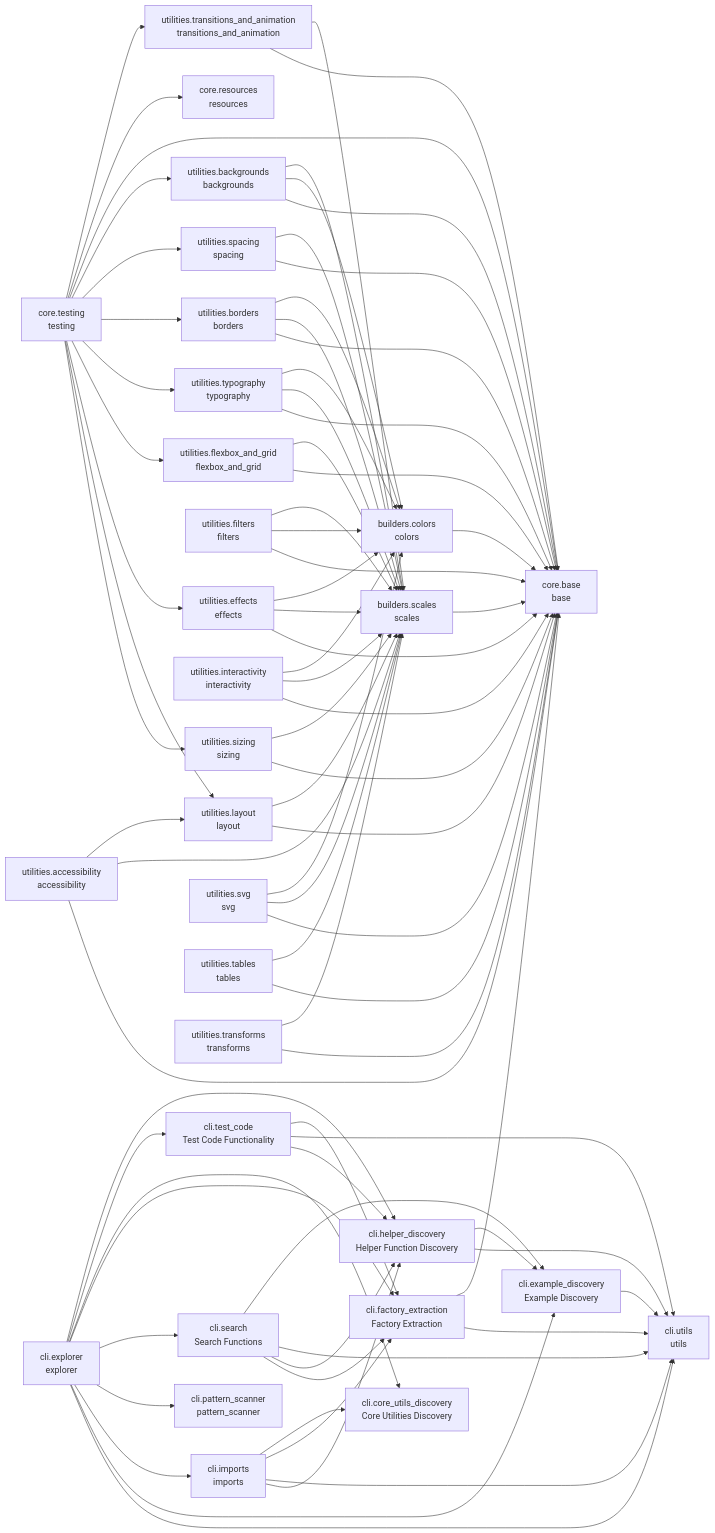
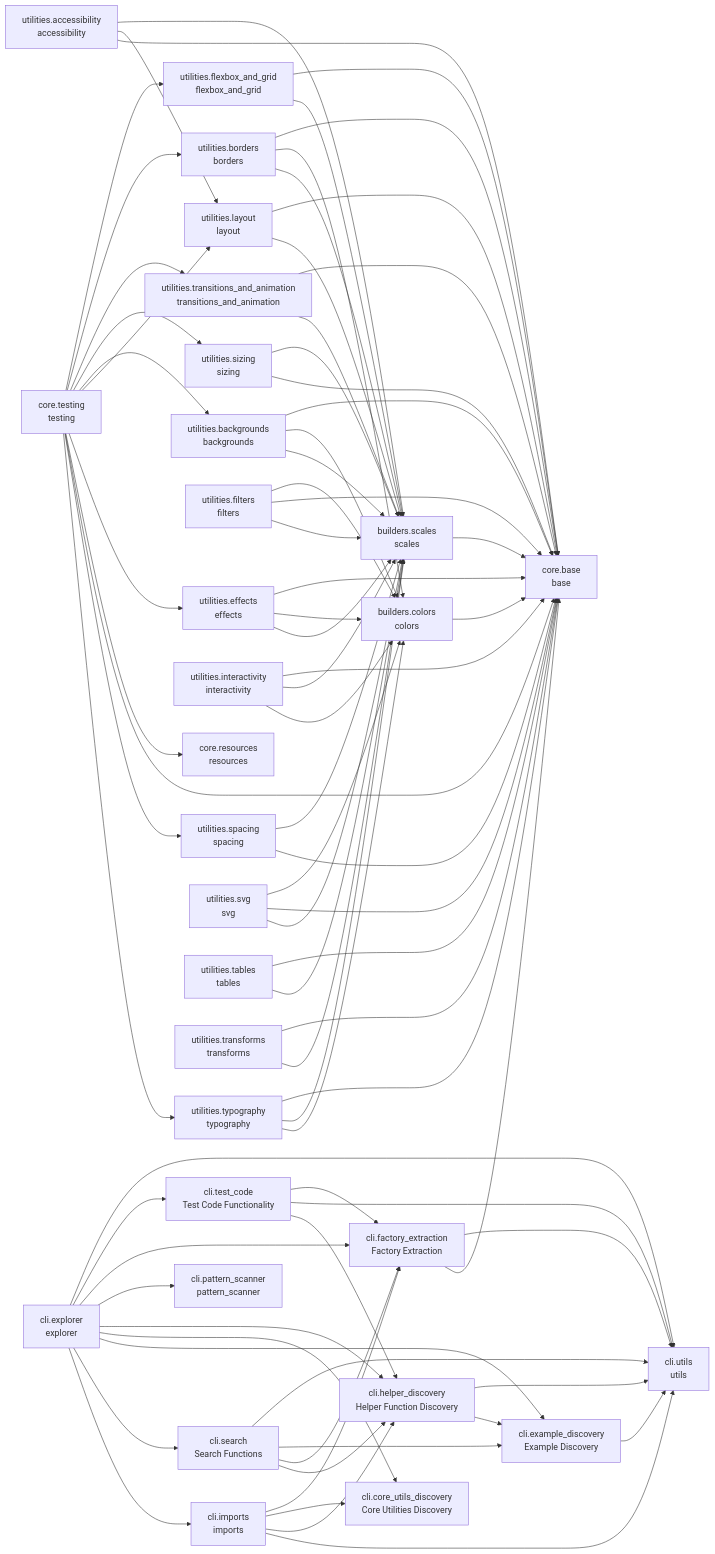
Before and after one commit to cj-mills/cjm-fasthtml-tailwind: the diagram in README.md, drawn with Mermaid. The commit also changed other lines of this file and 9 other files, not shown here.

```diff
--- a/README.md
+++ b/README.md
@@ -88,54 +88,54 @@
     builders_scales --> core_base
     cli_example_discovery --> cli_utils
     cli_explorer --> cli_utils
+    cli_explorer --> cli_test_code
+    cli_explorer --> cli_factory_extraction
+    cli_explorer --> cli_pattern_scanner
+    cli_explorer --> cli_helper_discovery
+    cli_explorer --> cli_core_utils_discovery
     cli_explorer --> cli_example_discovery
+    cli_explorer --> cli_search
     cli_explorer --> cli_imports
-    cli_explorer --> cli_pattern_scanner
-    cli_explorer --> cli_search
-    cli_explorer --> cli_factory_extraction
-    cli_explorer --> cli_core_utils_discovery
-    cli_explorer --> cli_test_code
-    cli_explorer --> cli_helper_discovery
     cli_factory_extraction --> cli_utils
     cli_factory_extraction --> core_base
     cli_helper_discovery --> cli_utils
     cli_helper_discovery --> cli_example_discovery
+    cli_imports --> cli_factory_extraction
+    cli_imports --> cli_core_utils_discovery
     cli_imports --> cli_helper_discovery
     cli_imports --> cli_utils
-    cli_imports --> cli_factory_extraction
-    cli_imports --> cli_core_utils_discovery
+    cli_search --> cli_utils
+    cli_search --> cli_example_discovery
     cli_search --> cli_factory_extraction
     cli_search --> cli_helper_discovery
-    cli_search --> cli_utils
-    cli_search --> cli_example_discovery
+    cli_test_code --> cli_factory_extraction
+    cli_test_code --> cli_utils
     cli_test_code --> cli_helper_discovery
-    cli_test_code --> cli_utils
-    cli_test_code --> cli_factory_extraction
+    core_testing --> utilities_flexbox_and_grid
+    core_testing --> utilities_borders
+    core_testing --> utilities_transitions_and_animation
     core_testing --> utilities_sizing
+    core_testing --> utilities_backgrounds
     core_testing --> utilities_layout
     core_testing --> utilities_effects
-    core_testing --> utilities_flexbox_and_grid
+    core_testing --> core_resources
+    core_testing --> core_base
+    core_testing --> utilities_spacing
     core_testing --> utilities_typography
-    core_testing --> utilities_borders
-    core_testing --> utilities_spacing
-    core_testing --> utilities_backgrounds
-    core_testing --> core_base
-    core_testing --> core_resources
-    core_testing --> utilities_transitions_and_animation
-    utilities_accessibility --> core_base
     utilities_accessibility --> builders_scales
     utilities_accessibility --> utilities_layout
+    utilities_accessibility --> core_base
     utilities_backgrounds --> core_base
     utilities_backgrounds --> builders_colors
     utilities_backgrounds --> builders_scales
     utilities_borders --> core_base
+    utilities_borders --> builders_colors
     utilities_borders --> builders_scales
-    utilities_borders --> builders_colors
     utilities_effects --> core_base
+    utilities_effects --> builders_colors
     utilities_effects --> builders_scales
-    utilities_effects --> builders_colors
+    utilities_filters --> builders_colors
     utilities_filters --> core_base
-    utilities_filters --> builders_colors
     utilities_filters --> builders_scales
     utilities_flexbox_and_grid --> core_base
     utilities_flexbox_and_grid --> builders_scales
@@ -144,13 +144,13 @@
     utilities_interactivity --> builders_colors
     utilities_layout --> core_base
     utilities_layout --> builders_scales
+    utilities_sizing --> builders_scales
     utilities_sizing --> core_base
-    utilities_sizing --> builders_scales
+    utilities_spacing --> builders_scales
     utilities_spacing --> core_base
-    utilities_spacing --> builders_scales
+    utilities_svg --> builders_colors
     utilities_svg --> core_base
     utilities_svg --> builders_scales
-    utilities_svg --> builders_colors
     utilities_tables --> core_base
     utilities_tables --> builders_scales
     utilities_transforms --> core_base
```
